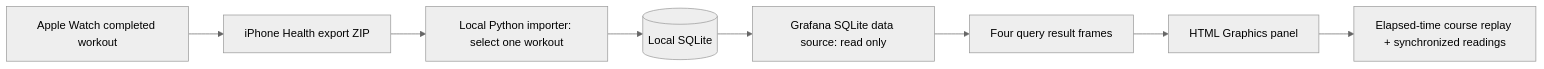
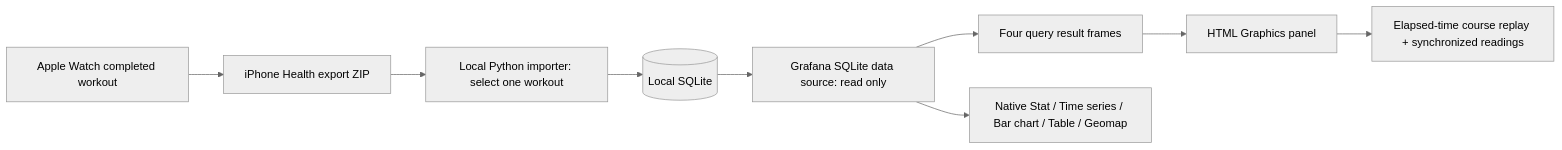
One commit to sivalinb/burro-race-replay changed the diagram in README.md. Above: the diagram before and after it, drawn with Mermaid (neutral theme). The commit also changed other lines of this file and 8 other files, not shown here.

````diff
--- a/README.md
+++ b/README.md
@@ -96,10 +96,11 @@
 ```mermaid
 flowchart LR
     Watch[Apple Watch completed workout] --> Health[iPhone Health export ZIP]
     Health --> Parser[Local Python importer: select one workout]
     Parser --> DB[(Local SQLite)]
     DB --> Source[Grafana SQLite data source: read only]
     Source --> Frames[Four query result frames]
     Frames --> Panel[HTML Graphics panel]
+    Source --> Native[Native Stat / Time series / Bar chart / Table / Geomap]
     Panel --> Replay[Elapsed-time course replay + synchronized readings]
 ```
````
